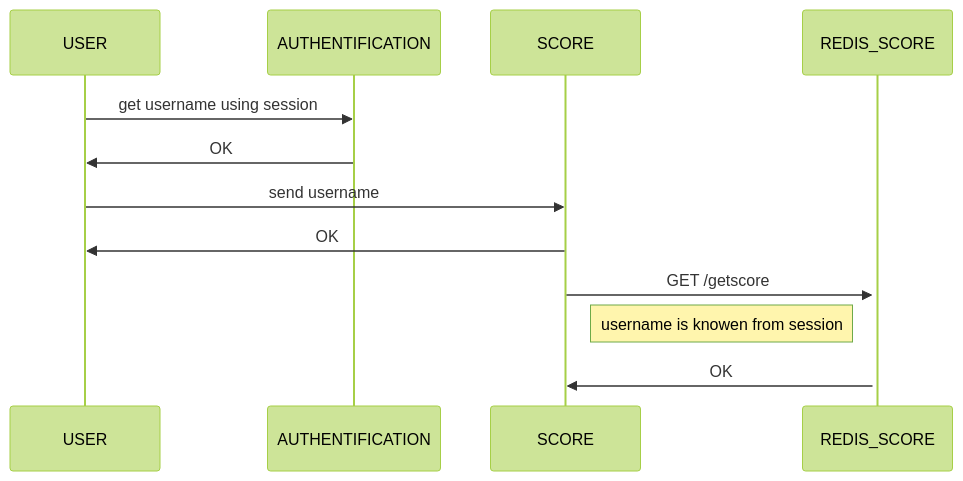
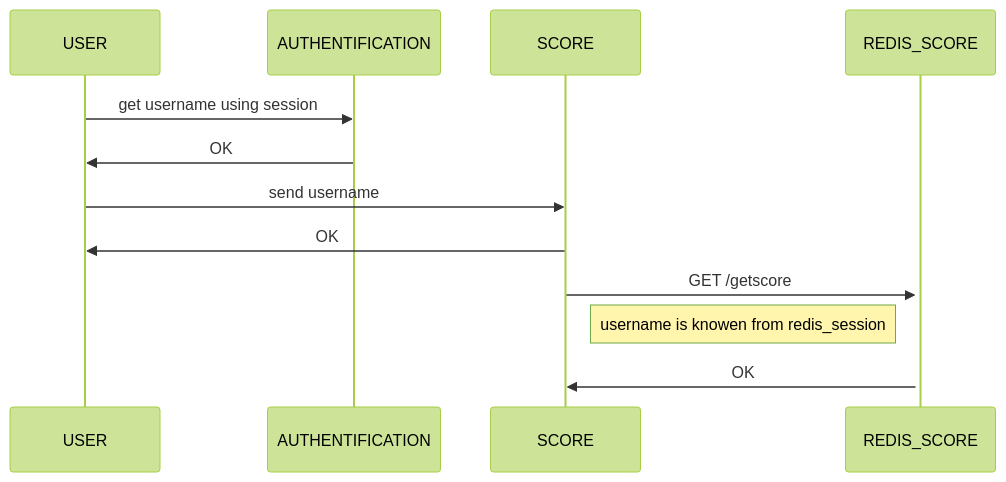
The third of 3 diagrams in README.md (essadany/motus), drawn with Mermaid (forest theme) before and after one commit. The commit also changed other lines of this file, not shown here.

````diff
--- a/README.md
+++ b/README.md
@@ -28,10 +28,10 @@
 ```mermaid
 sequenceDiagram
     USER->>AUTHENTIFICATION : get username using session
     AUTHENTIFICATION->>USER : OK
     USER->>SCORE : send username
     SCORE->>USER : OK
     SCORE->>+REDIS_SCORE : GET /getscore
-    note left of REDIS_SCORE : username is knowen from session
+    note left of REDIS_SCORE : username is knowen from redis_session
     REDIS_SCORE->>SCORE : OK
 ```
````
